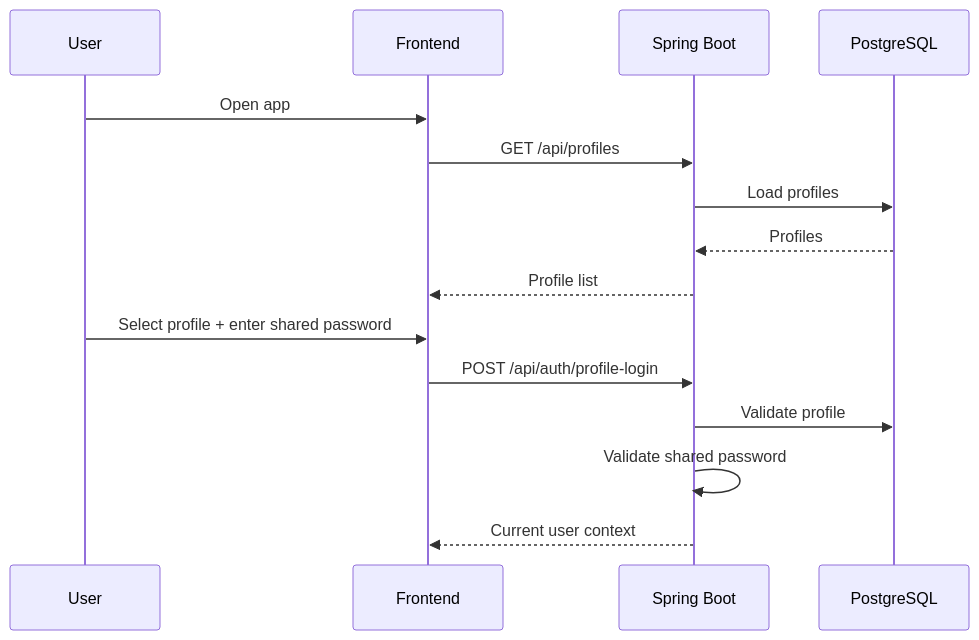
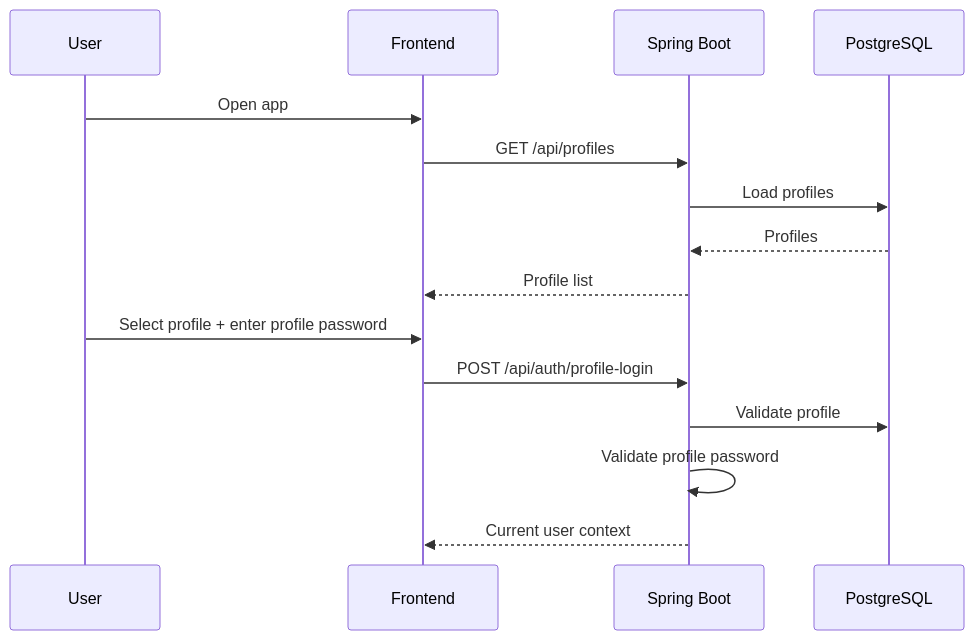
The second of 4 diagrams in docs/01-system_design.md (VictorZhong/chat2pay), drawn with Mermaid before and after one commit. The commit also changed other lines of this file and 30 other files, not shown here.

````diff
--- a/docs/01-system_design.md
+++ b/docs/01-system_design.md
@@ -404,19 +408,19 @@
 ```mermaid
 sequenceDiagram
     participant U as User
     participant FE as Frontend
     participant API as Spring Boot
     participant DB as PostgreSQL
 
     U->>FE: Open app
     FE->>API: GET /api/profiles
     API->>DB: Load profiles
     DB-->>API: Profiles
     API-->>FE: Profile list
 
-    U->>FE: Select profile + enter shared password
+    U->>FE: Select profile + enter profile password
     FE->>API: POST /api/auth/profile-login
     API->>DB: Validate profile
-    API->>API: Validate shared password
+    API->>API: Validate profile password
     API-->>FE: Current user context
 ```
````
